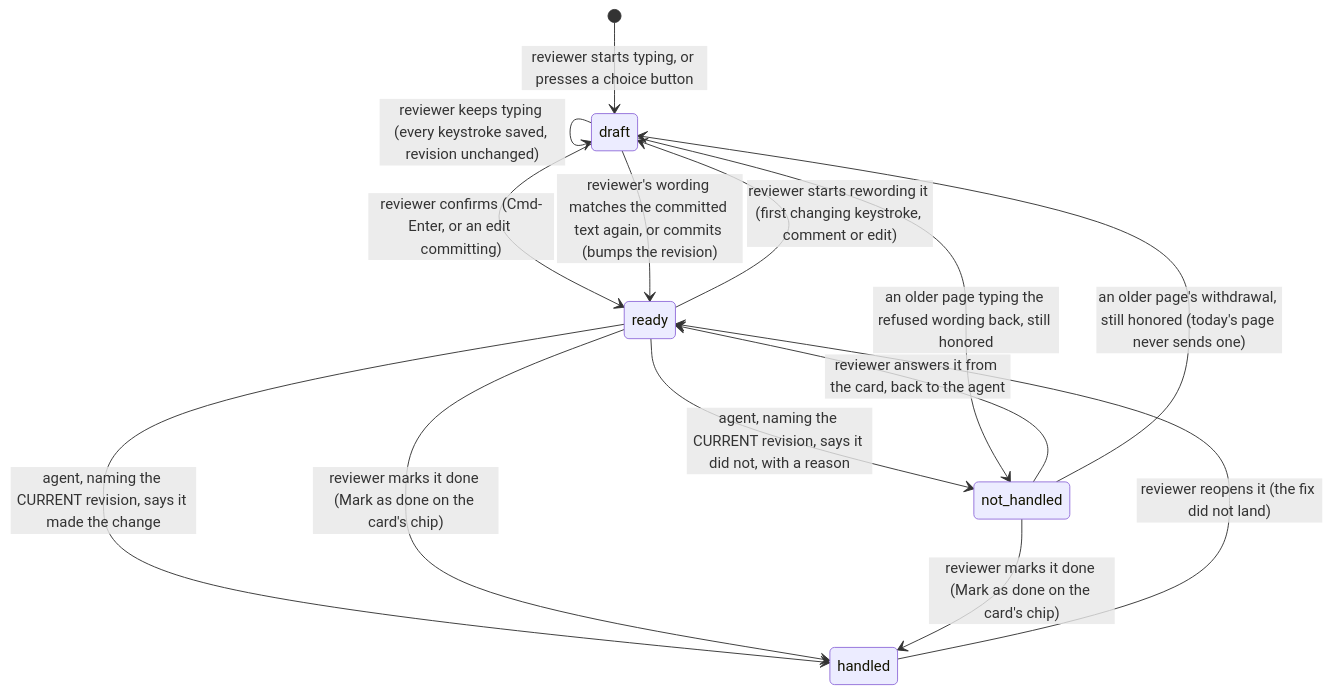
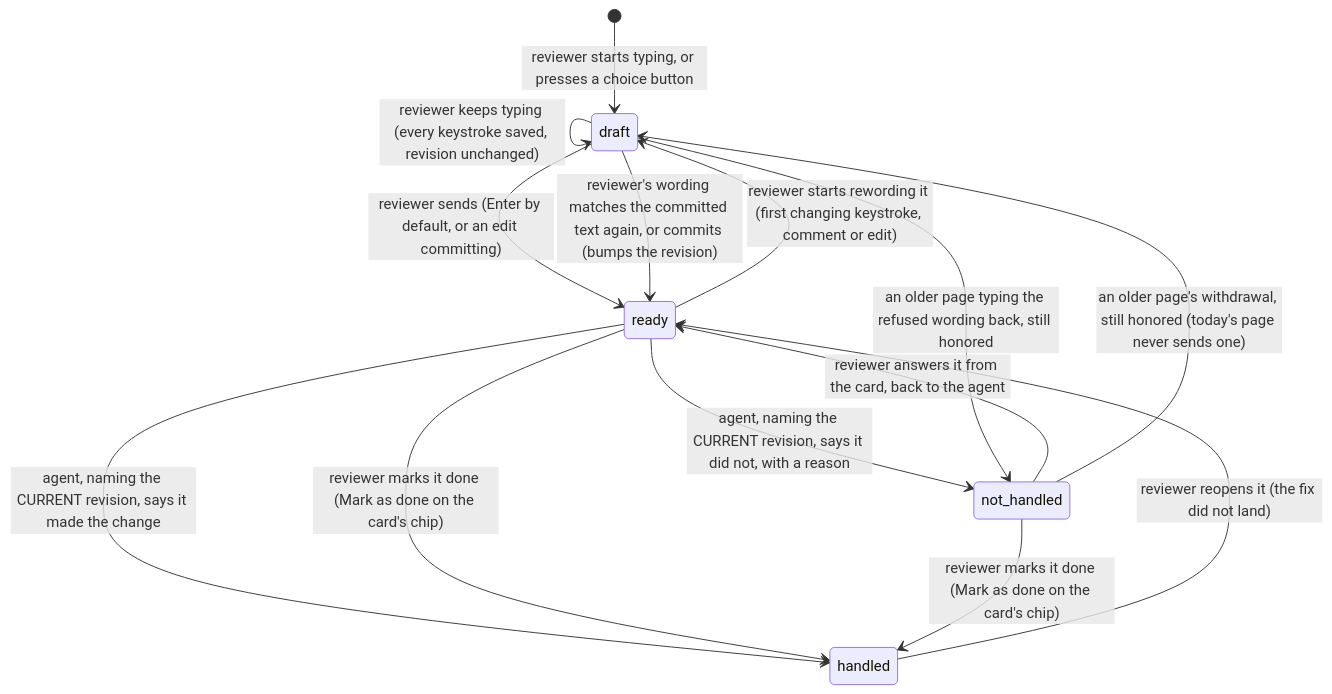
One commit to kenxle/live-agentic-html-editor changed the diagram in docs/diagrams/item_lifecycle.md. Above: the diagram before and after it, drawn with Mermaid. The commit also changed other lines of this file and 4 other files, not shown here.

Commit message:
Cleanup: Enter-to-send wrap-up. Docs no longer name Cmd-Enter as the send key, the spec records the gate and review, and the per-document limit is on the board

````diff
--- a/docs/diagrams/item_lifecycle.md
+++ b/docs/diagrams/item_lifecycle.md
@@ -9,21 +9,21 @@
 ```mermaid
 stateDiagram-v2
     [*] --> draft : reviewer starts typing, or presses a choice button
 
     draft --> draft : reviewer keeps typing (every keystroke saved, revision unchanged)
-    draft --> ready : reviewer confirms (Cmd-Enter, or an edit committing)
+    draft --> ready : reviewer sends (Enter by default, or an edit committing)
 
     ready --> draft : reviewer starts rewording it (first changing keystroke, comment or edit)
     draft --> ready : reviewer's wording matches the committed text again, or commits (bumps the revision)
 
     ready --> handled : agent, naming the CURRENT revision, says it made the change
     ready --> not_handled : agent, naming the CURRENT revision, says it did not, with a reason
 
     not_handled --> ready : reviewer answers it from the card, back to the agent
     not_handled --> draft : an older page's withdrawal, still honored (today's page never sends one)
     draft --> not_handled : an older page typing the refused wording back, still honored
     handled --> ready : reviewer reopens it (the fix did not land)
 
     ready --> handled : reviewer marks it done (Mark as done on the card's chip)
     not_handled --> handled : reviewer marks it done (Mark as done on the card's chip)
 ```
````
